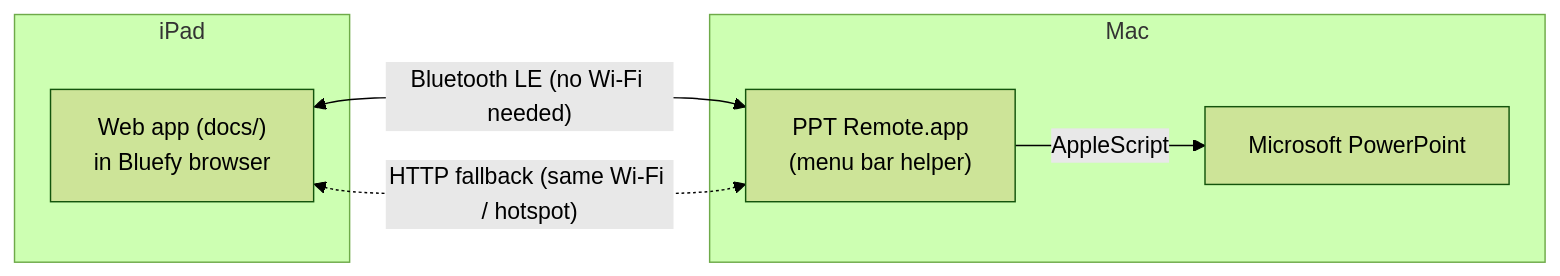
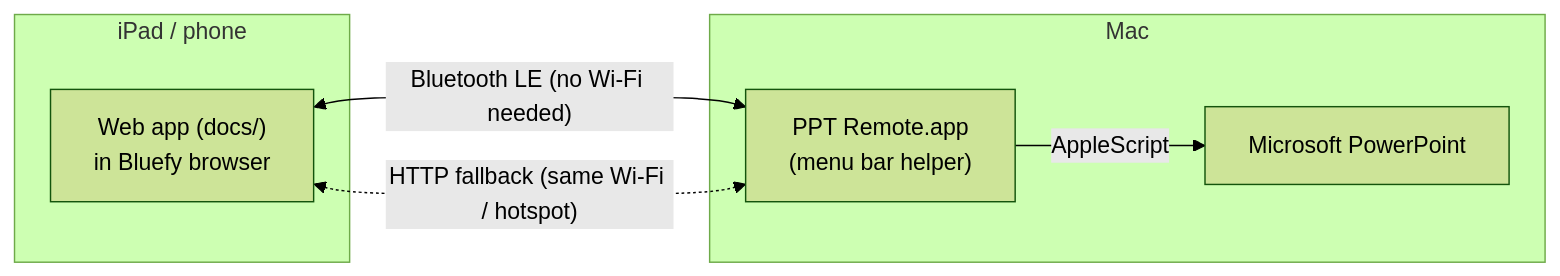
One commit to vincentsijben/powerpoint-remote changed the diagram in README.md. Above: the diagram before and after it, drawn with Mermaid (forest theme). The commit also changed other lines of this file and 9 other files, not shown here.

````diff
--- a/README.md
+++ b/README.md
@@ -5,11 +5,11 @@
 ```mermaid
 flowchart LR
-  subgraph iPad
+  subgraph Tablet["iPad / phone"]
     A["Web app (docs/)<br>in Bluefy browser"]
   end
   subgraph Mac
     B["PPT Remote.app<br>(menu bar helper)"] -- AppleScript --> C[Microsoft PowerPoint]
   end
   A <-- "Bluetooth LE (no Wi-Fi needed)" --> B
   A <-. "HTTP fallback (same Wi-Fi / hotspot)" .-> B
 ```
````
